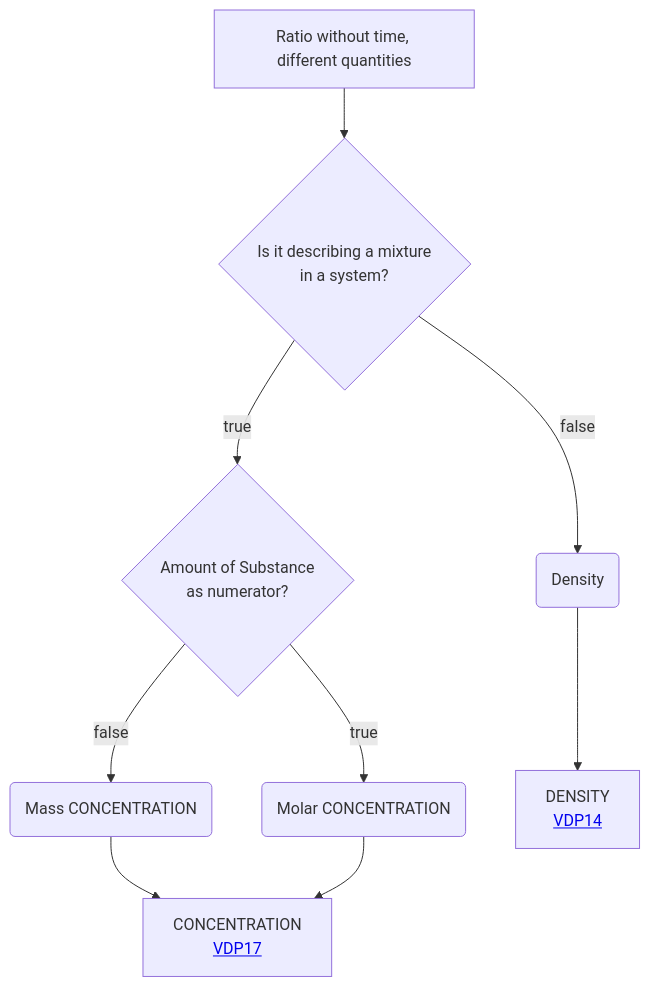
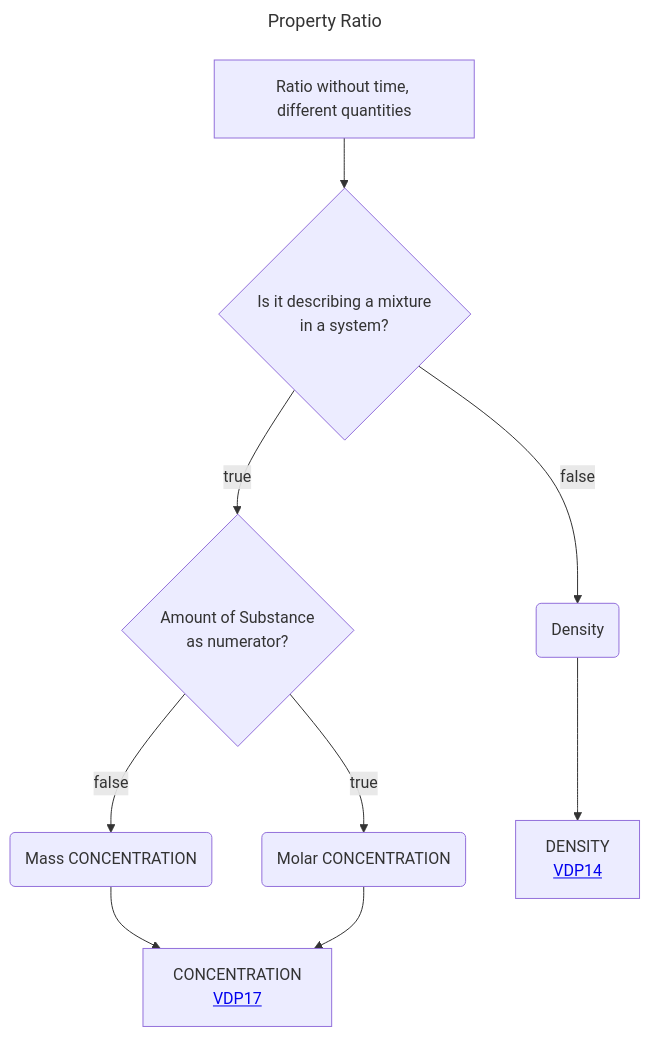
One commit to mabablue/I-ADOPT-patterns-playground changed the diagram in Decisition_trees/DT4.mmd. Above: the diagram before and after it, drawn with Mermaid.

```diff
--- a/Decisition_trees/DT4.mmd
+++ b/Decisition_trees/DT4.mmd
@@ -1,9 +1,12 @@
+---
+title: Property Ratio
+---
 flowchart TD
     A[Ratio without time, different quantities] --> P{Is it describing a mixture <br> in a system?}
     P --> |true|Q{Amount of Substance <br> as numerator?}
     Q --> |true|R(Molar CONCENTRATION)
     Q --> |false|S(Mass CONCENTRATION)
     P --> |false|U(Density)
     S --> T[CONCENTRATION <br> <a href='https://github.com/mabablue/I-ADOPT-patterns-playground/blob/main/pattern/VDP17.yaml'>VDP17</a>]
     R --> T
     U --> V[DENSITY <br> <a href='https://github.com/mabablue/I-ADOPT-patterns-playground/blob/main/pattern/VDP14.yaml'>VDP14</a>]
```
